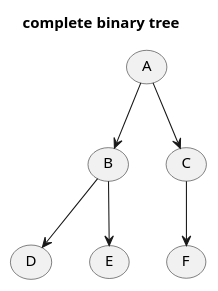
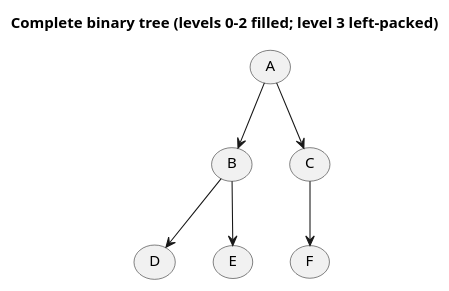
Before and after one commit to kevinwang930/kevinwang930.github.io: the diagram in content/post/tree/index.md, drawn with PlantUML. The commit also changed other lines of this file, not shown here.

````diff
--- a/content/post/tree/index.md
+++ b/content/post/tree/index.md
@@ -35,16 +25,18 @@
 ```plantuml
-title complete binary tree
+@startuml
+title Complete binary tree (levels 0–2 filled; level 3 left-packed)
+
 usecase A
 usecase B
 usecase C
 usecase D
 usecase E
 usecase F
 
 A --> B
 A --> C
 B --> D
 B --> E
 C --> F
-
+@enduml
 ```
````
